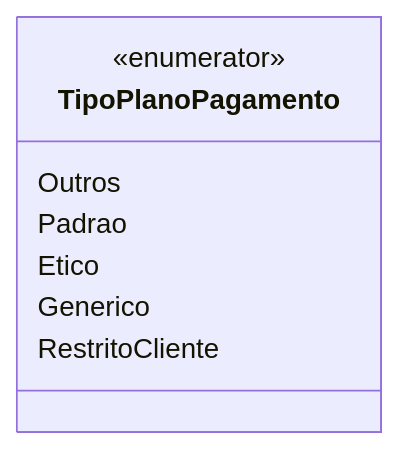
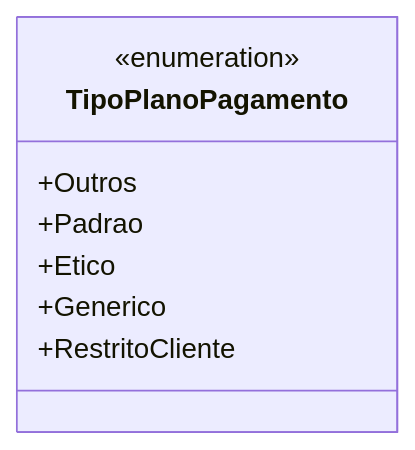
One commit to IsthmusSistemas/documentacao-tecnica changed the diagram in docs/b2b-dominio/IsthmusWinthor.Nucleo/IsthmusWinthor.Dominio/Enumeradores/TipoPlanoPagamento.md. Above: the diagram before and after it, drawn with Mermaid. The commit also changed other lines of this file and 882 other files, not shown here.

````diff
--- a/docs/b2b-dominio/IsthmusWinthor.Nucleo/IsthmusWinthor.Dominio/Enumeradores/TipoPlanoPagamento.md
+++ b/docs/b2b-dominio/IsthmusWinthor.Nucleo/IsthmusWinthor.Dominio/Enumeradores/TipoPlanoPagamento.md
@@ -11,11 +11,11 @@
 ```mermaid
 classDiagram
     class TipoPlanoPagamento {
-        <<enumerator>>
-        Outros
-        Padrao
-        Etico
-        Generico
-        RestritoCliente
+        <<enumeration>>
+        +Outros
+        +Padrao
+        +Etico
+        +Generico
+        +RestritoCliente
     }
 ```
````
